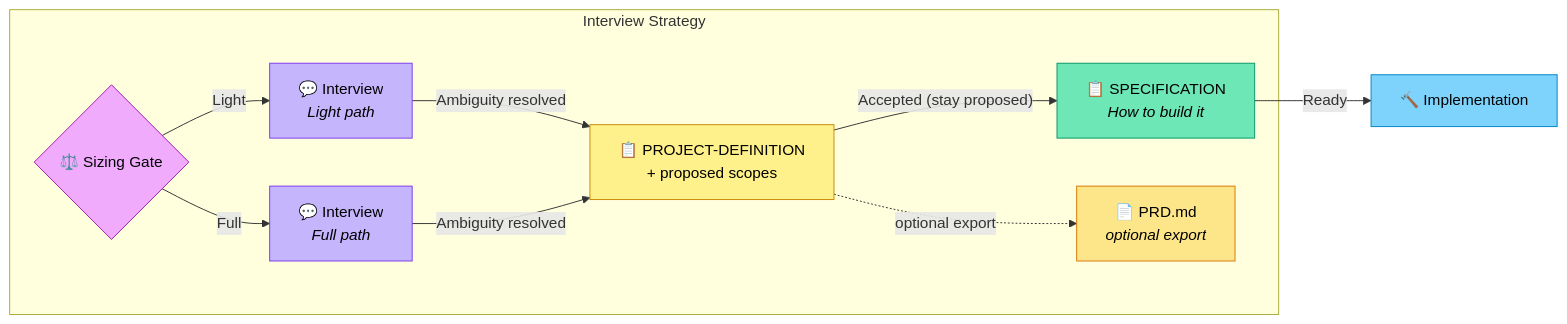
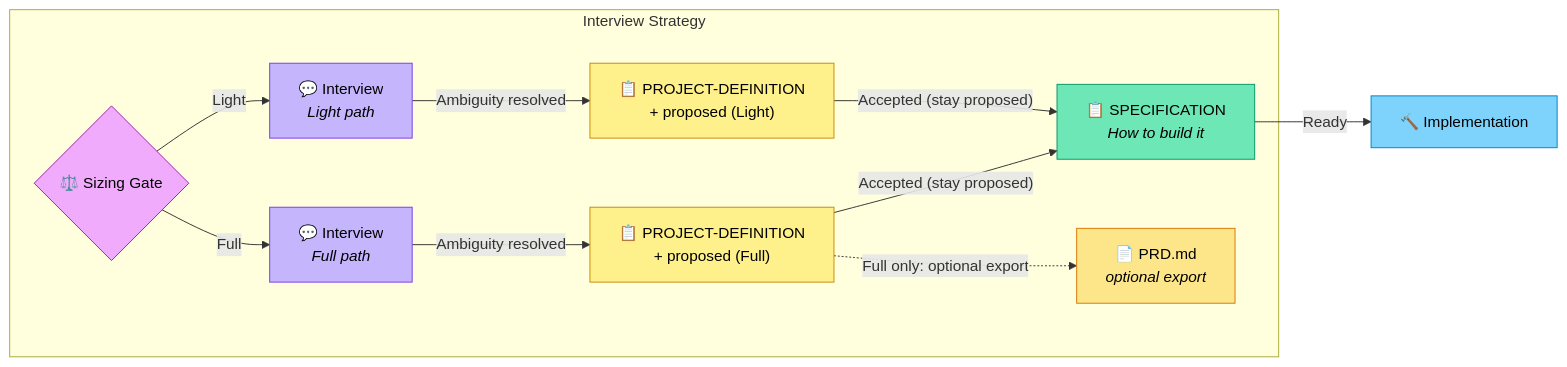
Before and after one commit to deftai/directive: the diagram in content/strategies/interview.md, drawn with Mermaid. The commit also changed 1 other file, not shown here.

Commit message:
fix(interview): Full-only optional PRD export in Workflow Overview (#5354)
Restrict the diagram optional-export edge to the Full path so Light cannot
offer PRD.md. Extend polarity lock for Full-only diagram edges.

Tracking #5354.

````diff
--- a/content/strategies/interview.md
+++ b/content/strategies/interview.md
@@ -292,27 +292,30 @@
 ```mermaid
 flowchart LR
     subgraph interview ["Interview Strategy"]
         G{"⚖️ Sizing Gate"}
         I_L["💬 Interview<br/><i>Light path</i>"]
         I_F["💬 Interview<br/><i>Full path</i>"]
-        PD["📋 PROJECT-DEFINITION<br/>+ proposed scopes"]
+        PD_L["📋 PROJECT-DEFINITION<br/>+ proposed (Light)"]
+        PD_F["📋 PROJECT-DEFINITION<br/>+ proposed (Full)"]
         S["📋 SPECIFICATION<br/><i>How to build it</i>"]
         R["📄 PRD.md<br/><i>optional export</i>"]
     end
 
     G -->|"Light"| I_L
     G -->|"Full"| I_F
-    I_L -->|"Ambiguity resolved"| PD
-    I_F -->|"Ambiguity resolved"| PD
-    PD -->|"Accepted (stay proposed)"| S
-    PD -. "optional export" .-> R
+    I_L -->|"Ambiguity resolved"| PD_L
+    I_F -->|"Ambiguity resolved"| PD_F
+    PD_L -->|"Accepted (stay proposed)"| S
+    PD_F -->|"Accepted (stay proposed)"| S
+    PD_F -. "Full only: optional export" .-> R
     S -->|"Ready"| IMPL["🔨 Implementation"]
 
     style G fill:#f0abfc,stroke:#a21caf,color:#000
     style I_L fill:#c4b5fd,stroke:#7c3aed,color:#000
     style I_F fill:#c4b5fd,stroke:#7c3aed,color:#000
-    style PD fill:#fef08a,stroke:#ca8a04,color:#000
+    style PD_L fill:#fef08a,stroke:#ca8a04,color:#000
+    style PD_F fill:#fef08a,stroke:#ca8a04,color:#000
     style R fill:#fde68a,stroke:#d97706,color:#000
     style S fill:#6ee7b7,stroke:#059669,color:#000
     style IMPL fill:#7dd3fc,stroke:#0284c7,color:#000
 ```
````
